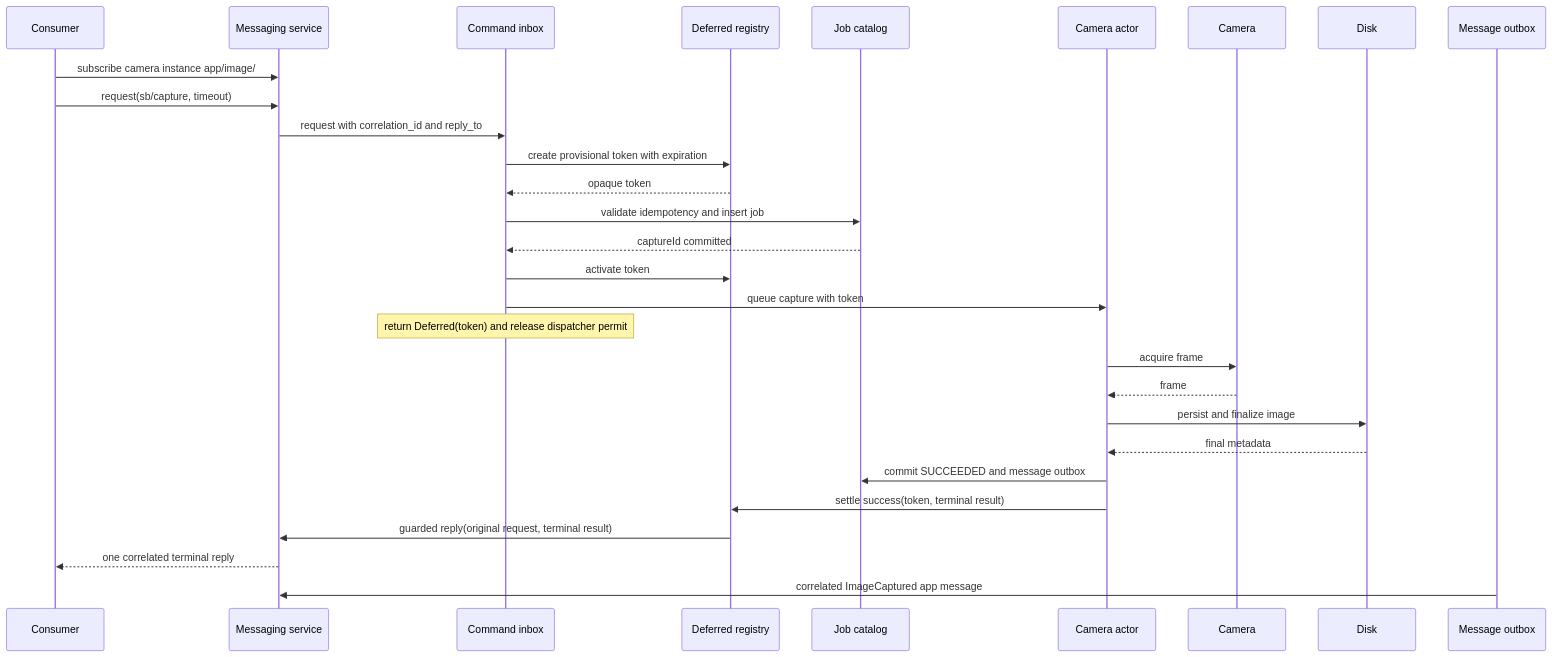
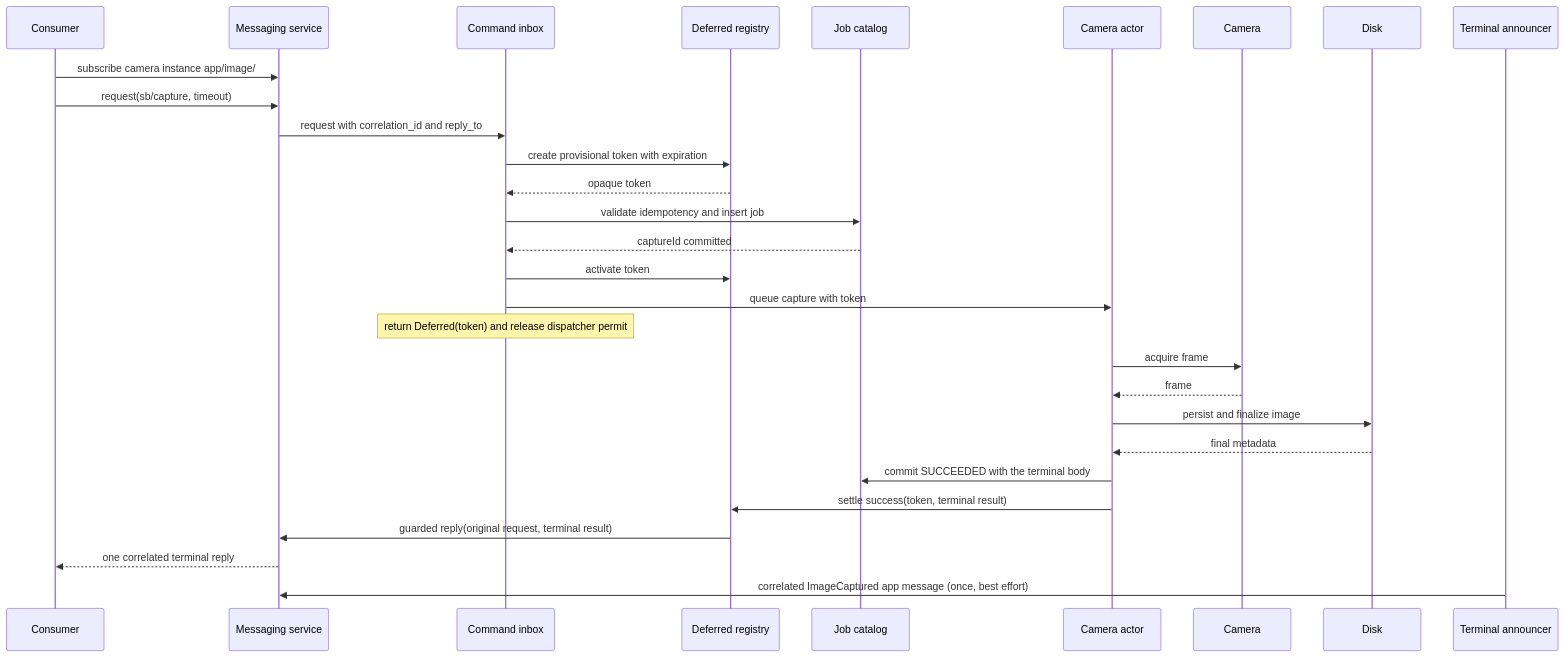
The eighth of 15 diagrams in DESIGN.md (edgecommons/camera-adapter), drawn with Mermaid before and after one commit. The commit also changed other lines of this file and 24 other files, not shown here.

````diff
--- a/DESIGN.md
+++ b/DESIGN.md
@@ -1677,32 +1676,32 @@
 ```mermaid
 sequenceDiagram
   participant Consumer
   participant Messaging as Messaging service
   participant Inbox as Command inbox
   participant Deferred as Deferred registry
   participant Catalog as Job catalog
   participant Worker as Camera actor
   participant Camera
   participant Disk
-  participant Outbox as Message outbox
+  participant Announcer as Terminal announcer
 
   Consumer->>Messaging: subscribe camera instance app/image/#
   Consumer->>Messaging: request(sb/capture, timeout)
   Messaging->>Inbox: request with correlation_id and reply_to
   Inbox->>Deferred: create provisional token with expiration
   Deferred-->>Inbox: opaque token
   Inbox->>Catalog: validate idempotency and insert job
   Catalog-->>Inbox: captureId committed
   Inbox->>Deferred: activate token
   Inbox->>Worker: queue capture with token
   Note over Inbox: return Deferred(token) and release dispatcher permit
   Worker->>Camera: acquire frame
   Camera-->>Worker: frame
   Worker->>Disk: persist and finalize image
   Disk-->>Worker: final metadata
-  Worker->>Catalog: commit SUCCEEDED and message outbox
+  Worker->>Catalog: commit SUCCEEDED with the terminal body
   Worker->>Deferred: settle success(token, terminal result)
   Deferred->>Messaging: guarded reply(original request, terminal result)
   Messaging-->>Consumer: one correlated terminal reply
-  Outbox->>Messaging: correlated ImageCaptured app message
+  Announcer->>Messaging: correlated ImageCaptured app message (once, best effort)
 ```
````
